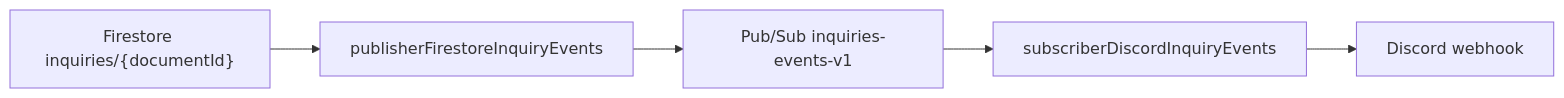
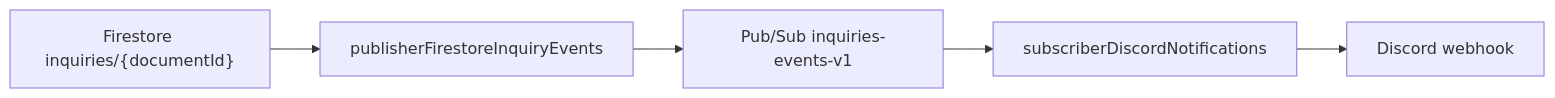
Before and after one commit to anaregdesign/anareg.design-functions: the diagram in README.md, drawn with Mermaid. The commit also changed other lines of this file and 3 other files, not shown here.

Commit message:
refactor: rename Discord subscriber runtime

````diff
--- a/README.md
+++ b/README.md
@@ -13,7 +13,7 @@
 ```mermaid
 flowchart LR
   Firestore["Firestore inquiries/{documentId}"] --> Publisher["publisherFirestoreInquiryEvents"]
   Publisher --> PubSub["Pub/Sub inquiries-events-v1"]
-  PubSub --> Subscriber["subscriberDiscordInquiryEvents"]
+  PubSub --> Subscriber["subscriberDiscordNotifications"]
   Subscriber --> Discord["Discord webhook"]
 ```
````
